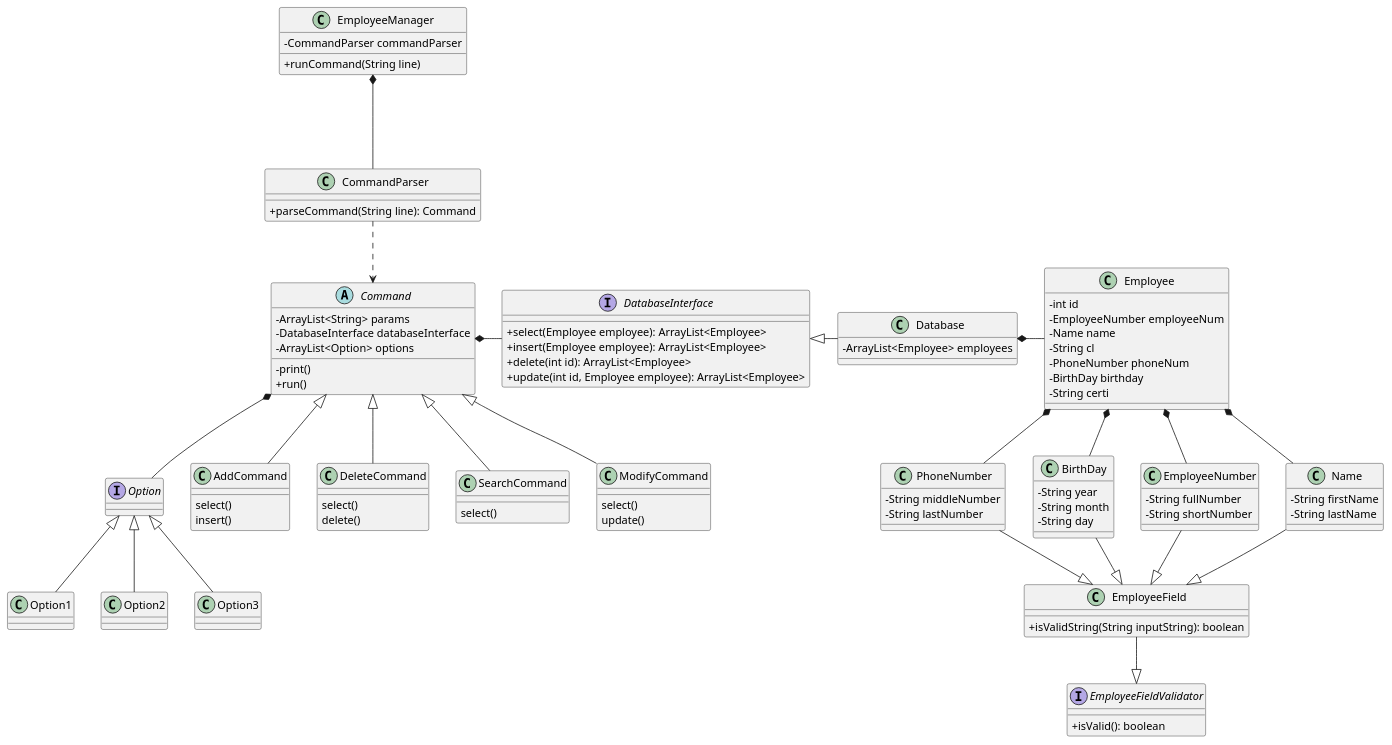
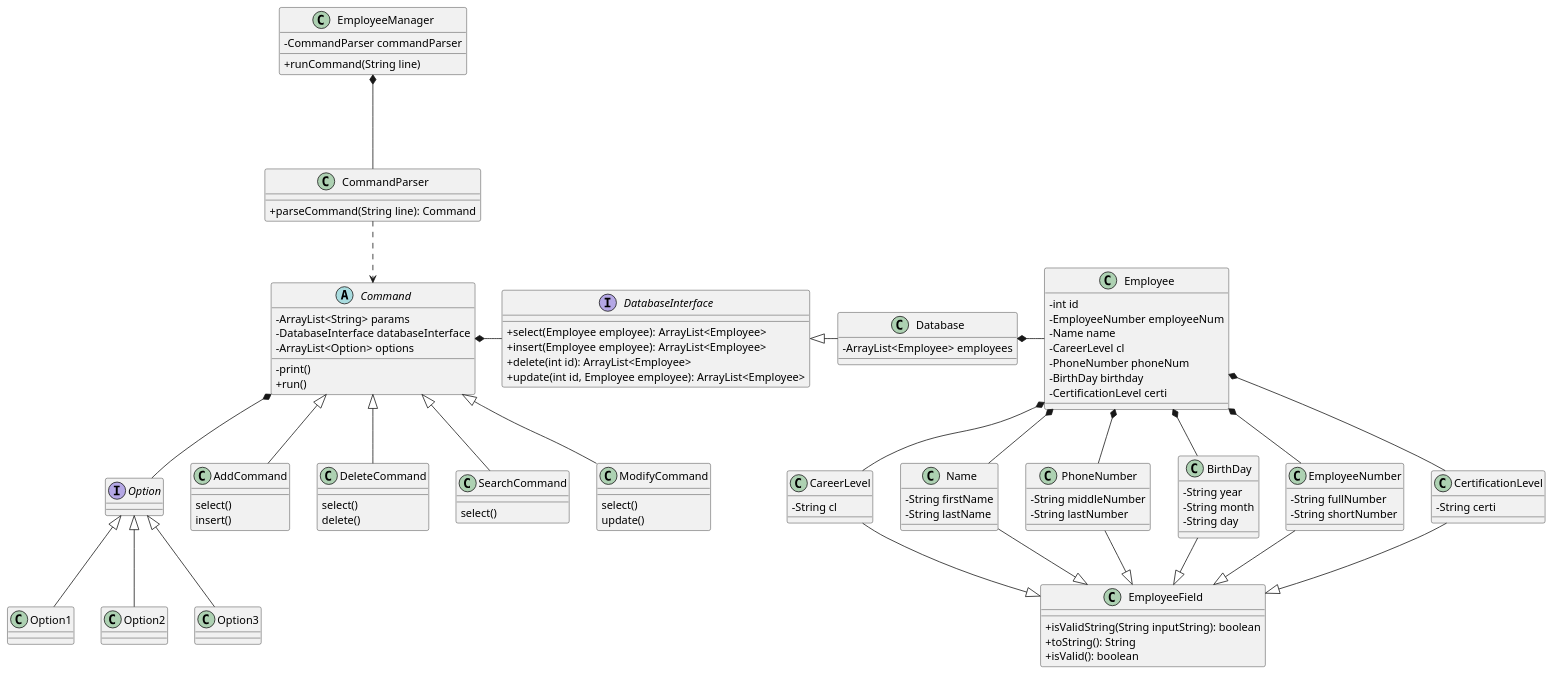
Before and after one commit to heew-choi/among-us: the diagram in doc/ClassDiagram.puml, drawn with PlantUML.

Commit message:
[Fix] Employee model 설계 변경에 따른 Class Diagram 수정

```diff
--- a/doc/ClassDiagram.puml
+++ b/doc/ClassDiagram.puml
@@ -1,157 +1,166 @@
 @startuml
 'https://plantuml.com/class-diagram
 
 skinparam classAttributeIconSize 0
 
 Interface DatabaseInterface
 
 class EmployeeManager {
     -CommandParser commandParser
 
     +runCommand(String line)
 }
 
 class Name {
     - String firstName
     - String lastName
 }
 
 class PhoneNumber {
     - String middleNumber
     - String lastNumber
 }
 
 
 class BirthDay {
     - String year
     - String month
     - String day
 }
 
 class EmployeeNumber {
     - String fullNumber
     - String shortNumber
 }
 
+class CertificationLevel {
+    - String certi
+}
+
+class CareerLevel {
+    - String cl
+}
+
 class Employee {
     -int id
     -EmployeeNumber employeeNum
     -Name name
-    -String cl
+    -CareerLevel cl
     -PhoneNumber phoneNum
     -BirthDay birthday
-    -String certi
+    -CertificationLevel certi
 
 '    + getFirstName()
 '    + getLastName()
 }
 
 class EmployeeField {
     + isValidString(String inputString): boolean
-}
-
-interface EmployeeFieldValidator {
+    + toString(): String
     + isValid(): boolean
 }
 
 interface Option {
 
 }
 
 class Option1 {
 
 }
 
 class Option2 {
 
 }
 
 class Option3 {
 
 }
 
 'class SearchManager {
 '    + search(): ArrayList<Employee>
 '}
 
 class CommandParser {
     +parseCommand(String line): Command
 }
 
 
 interface DatabaseInterface {
     +select(Employee employee): ArrayList<Employee>
     +insert(Employee employee): ArrayList<Employee>
     +delete(int id): ArrayList<Employee>
     +update(int id, Employee employee): ArrayList<Employee>
 }
 
 class Database {
 '    - SearchManager searchManager
     - ArrayList<Employee> employees
 }
 
 abstract class Command {
     - ArrayList<String> params
     - DatabaseInterface databaseInterface
     - ArrayList<Option> options
 '    - Comparable comparable
 
 
     - print()
     + run()
 }
 
 class AddCommand {
     select()
     insert()
 }
 
 class DeleteCommand {
     select()
     delete()
 }
 
 class SearchCommand {
     select()
 }
 
 class ModifyCommand {
     select()
     update()
 }
 CommandParser ..> Command
 EmployeeManager *--- CommandParser
 Database *- Employee
 
 'Database *-- SearchManager
 
 Command <|-- DeleteCommand
 Command <|-- SearchCommand
 Command <|-- ModifyCommand
 
 Command *- DatabaseInterface
 Command *-- Option
 
 DatabaseInterface <|- Database
 
 Command <|-- AddCommand
 
 
 Option <|-- Option1
 Option <|-- Option2
 Option <|-- Option3
 
 Employee *-- PhoneNumber
 Employee *-- Name
 Employee *-- BirthDay
 Employee *-- EmployeeNumber
+Employee *-- CareerLevel
+Employee *-- CertificationLevel
 
 PhoneNumber --|> EmployeeField
 Name --|> EmployeeField
 BirthDay --|> EmployeeField
 EmployeeNumber --|> EmployeeField
+CareerLevel --|> EmployeeField
+CertificationLevel --|> EmployeeField
 
-EmployeeField --|> EmployeeFieldValidator
 
 @enduml
```
